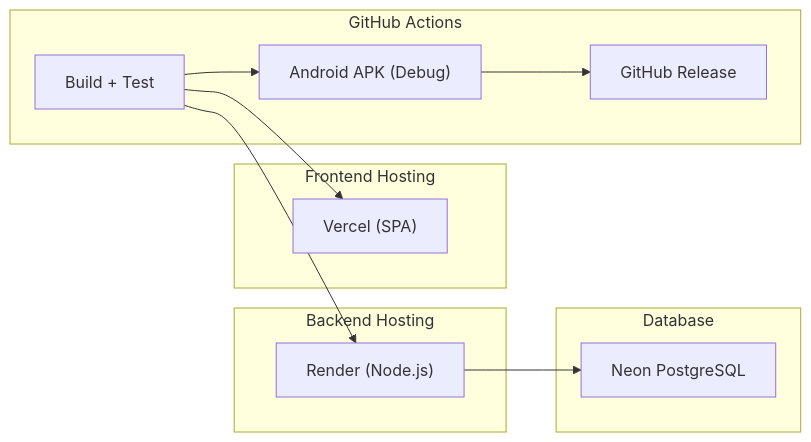
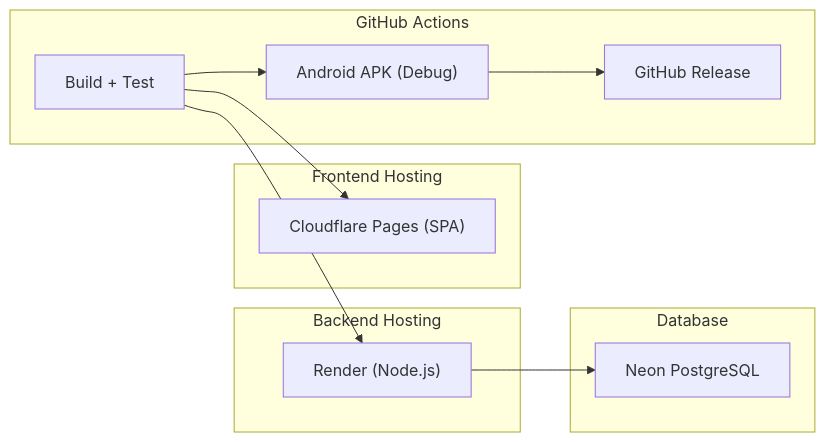
The seventh of 7 diagrams in docs/architecture_analysis.md (farzad-bahadorifar/mehrchain), drawn with Mermaid before and after one commit. The commit also changed other lines of this file and 1 other file, not shown here.

Commit message:
docs: update deployment architecture to Cloudflare, Render, and Neon

````diff
--- a/docs/architecture_analysis.md
+++ b/docs/architecture_analysis.md
@@ -335,26 +335,26 @@
 ```mermaid
 graph LR
     subgraph CI["GitHub Actions"]
         Build["Build + Test"]
         APK["Android APK (Debug)"]
         Release["GitHub Release"]
     end
 
     subgraph Frontend["Frontend Hosting"]
-        Vercel["Vercel (SPA)"]
+        Cloudflare["Cloudflare Pages (SPA)"]
     end
 
     subgraph Backend["Backend Hosting"]
         Render["Render (Node.js)"]
     end
 
     subgraph Data["Database"]
         Neon["Neon PostgreSQL"]
     end
 
     Build --> APK
     APK --> Release
-    Build --> Vercel
+    Build --> Cloudflare
     Build --> Render
     Render --> Neon
 ```
````
